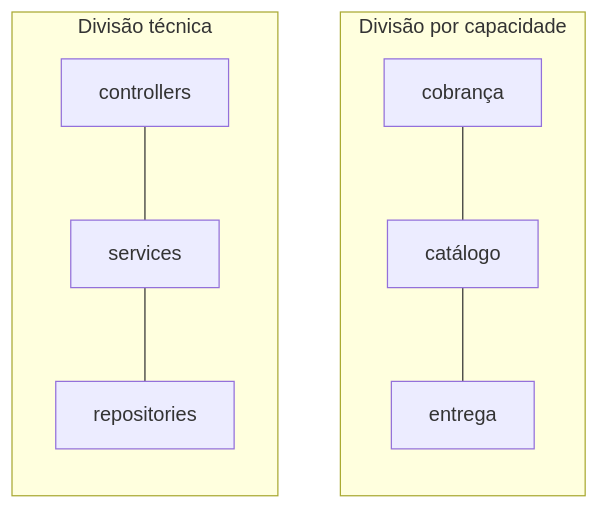
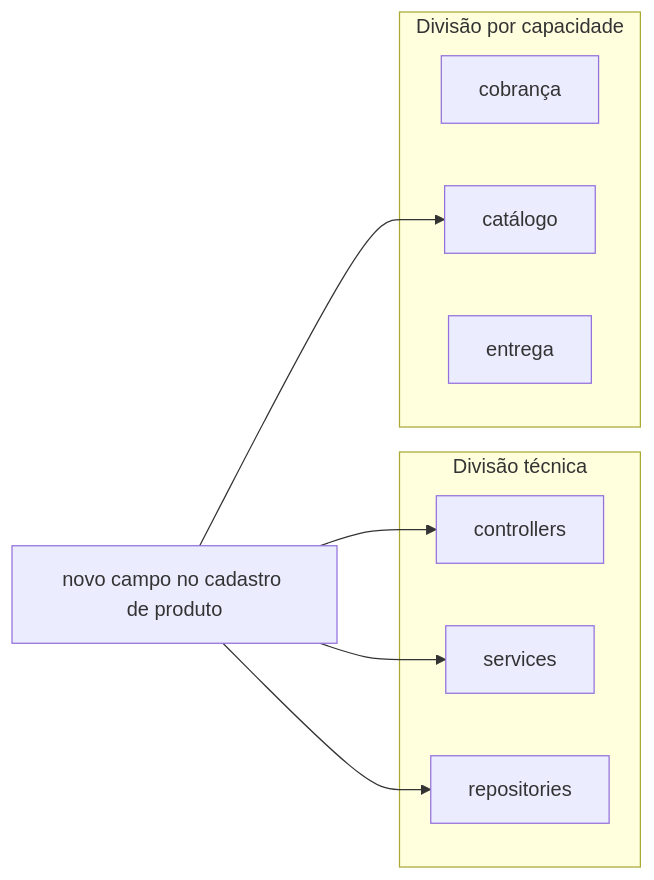
The diagram in docs/01-fundamentals/modularity.md (oadcavalcante/software-architecture-mastery), drawn with Mermaid before and after one commit. The commit also changed other lines of this file and 21 other files, not shown here.

````diff
--- a/docs/01-fundamentals/modularity.md
+++ b/docs/01-fundamentals/modularity.md
@@ -76,11 +82,18 @@
 ```mermaid
-graph TB
+graph LR
+  M[novo campo no cadastro de produto]
+  subgraph T[Divisão técnica]
+    A[controllers]
+    B[services]
+    C[repositories]
+  end
   subgraph N[Divisão por capacidade]
-    direction TB
-    E[cobrança] --- F[catálogo] --- G[entrega]
+    E[cobrança]
+    F[catálogo]
+    G[entrega]
   end
-  subgraph T[Divisão técnica]
-    direction TB
-    A[controllers] --- B[services] --- C[repositories]
-  end
+  M --> A
+  M --> B
+  M --> C
+  M --> F
 ```
````
